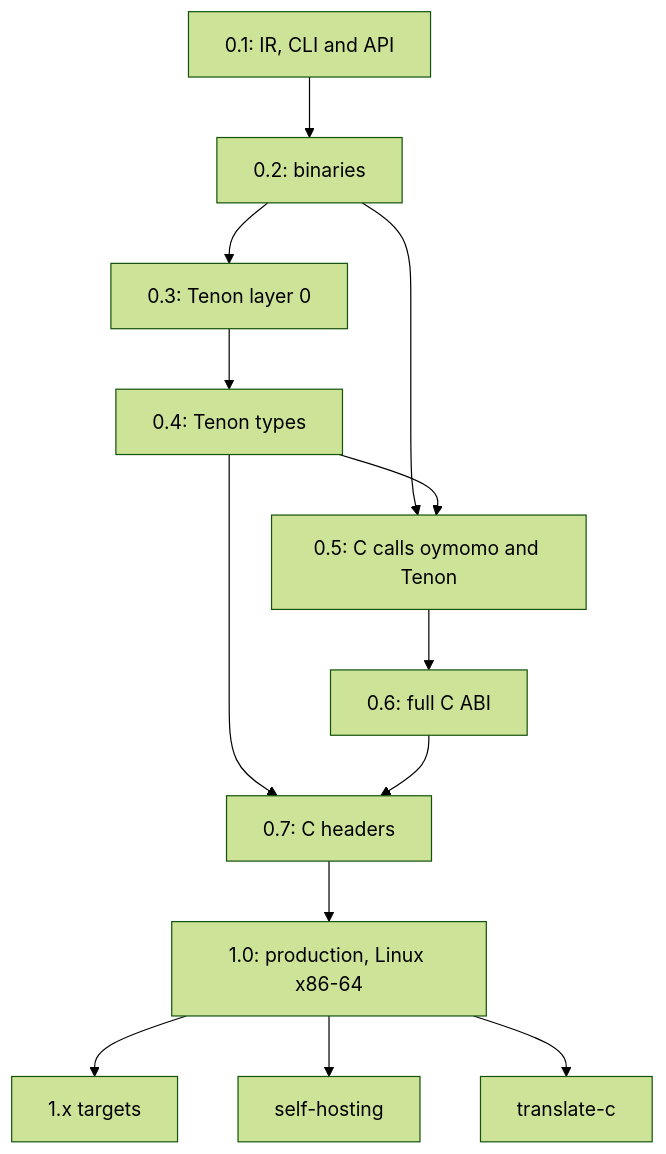
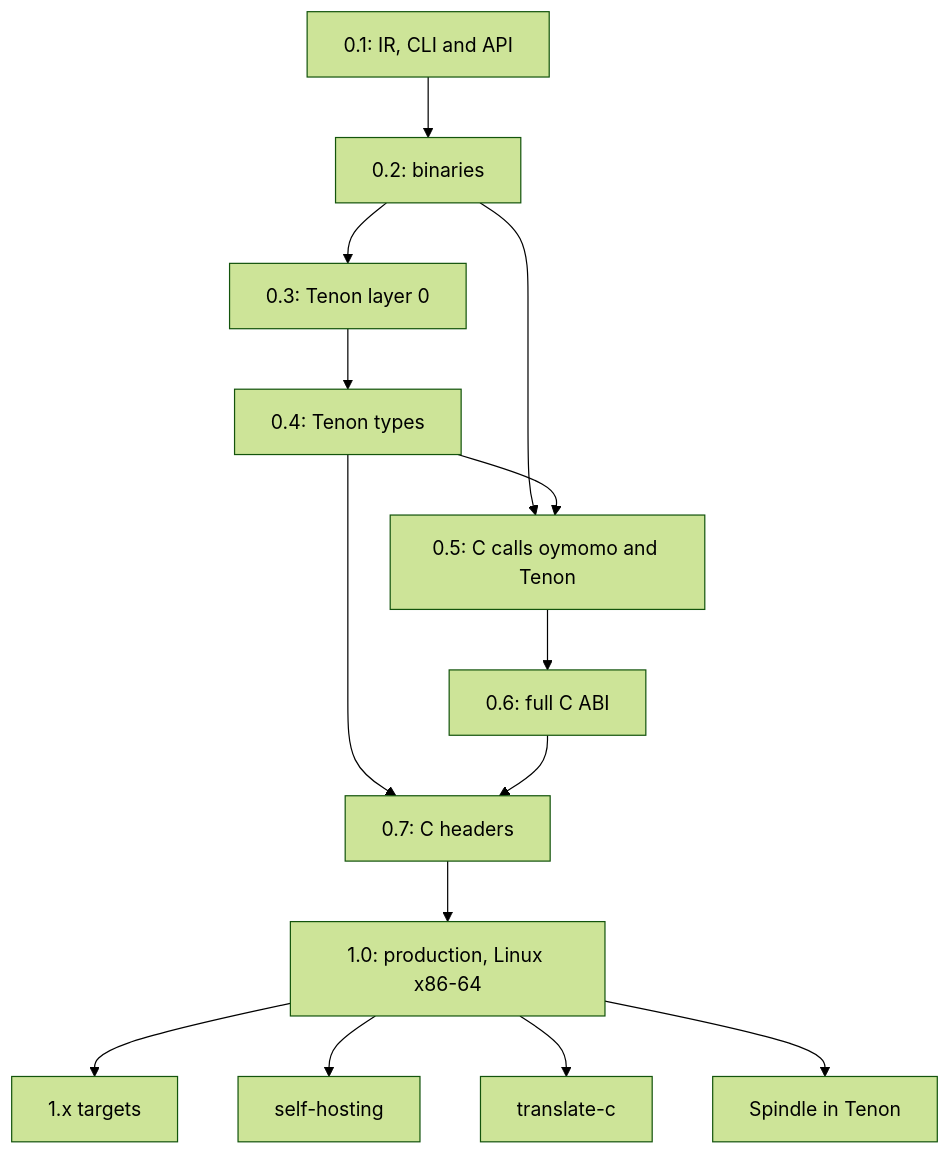
Before and after one commit to tapl-org/tapl: the second of 2 diagrams in oymo/docs/roadmap.md, drawn with Mermaid (forest theme). The commit also changed other lines of this file and 1 other file, not shown here.

Commit message:
docs: add post-1.0 roadmap and VM plan details for rewriting Spindle in Tenon

````diff
--- a/oymo/docs/roadmap.md
+++ b/oymo/docs/roadmap.md
@@ -393,15 +415,16 @@
 ```mermaid
 flowchart TD
   v01["0.1: IR, CLI and API"] --> v02["0.2: binaries"]
   v02 --> v03["0.3: Tenon layer 0"]
   v03 --> v04["0.4: Tenon types"]
   v02 --> v05["0.5: C calls oymomo and Tenon"]
   v04 --> v05
   v05 --> v06["0.6: full C ABI"]
   v04 --> v07["0.7: C headers"]
   v06 --> v07
   v07 --> v10["1.0: production, Linux x86-64"]
   v10 --> X["1.x targets"]
   v10 --> S["self-hosting"]
   v10 --> T["translate-c"]
+  v10 --> V["Spindle in Tenon"]
 ```
````
